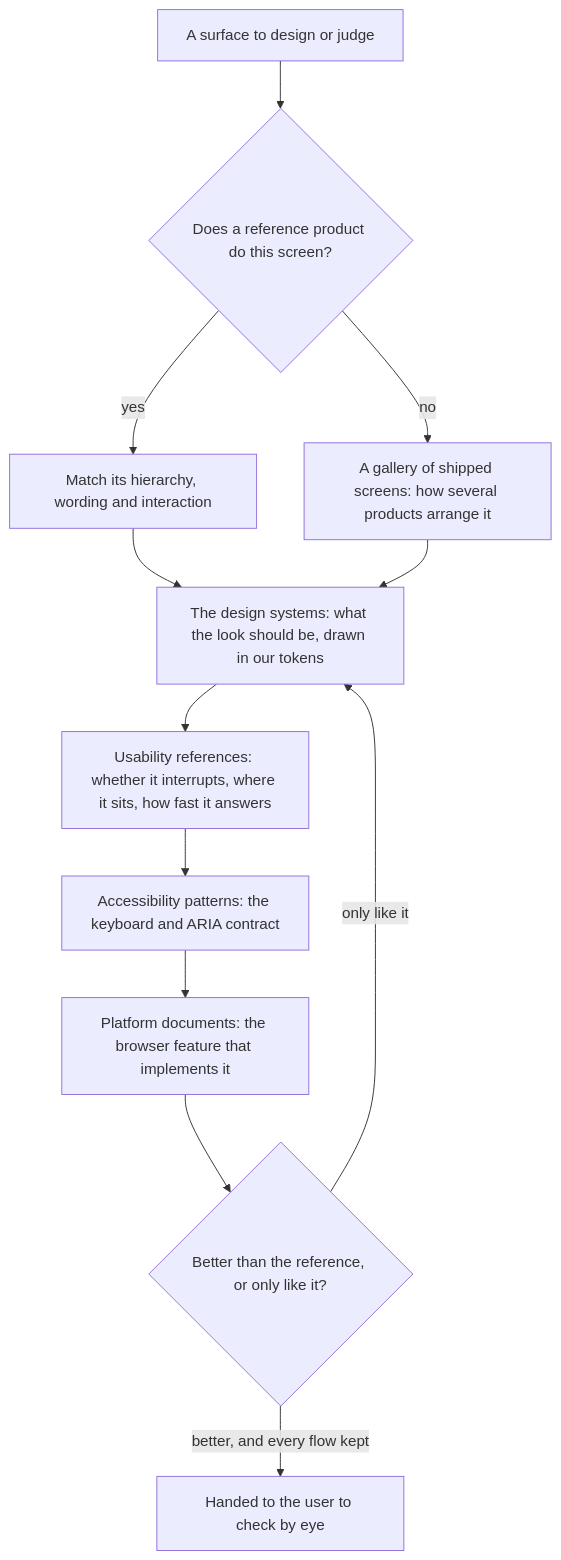
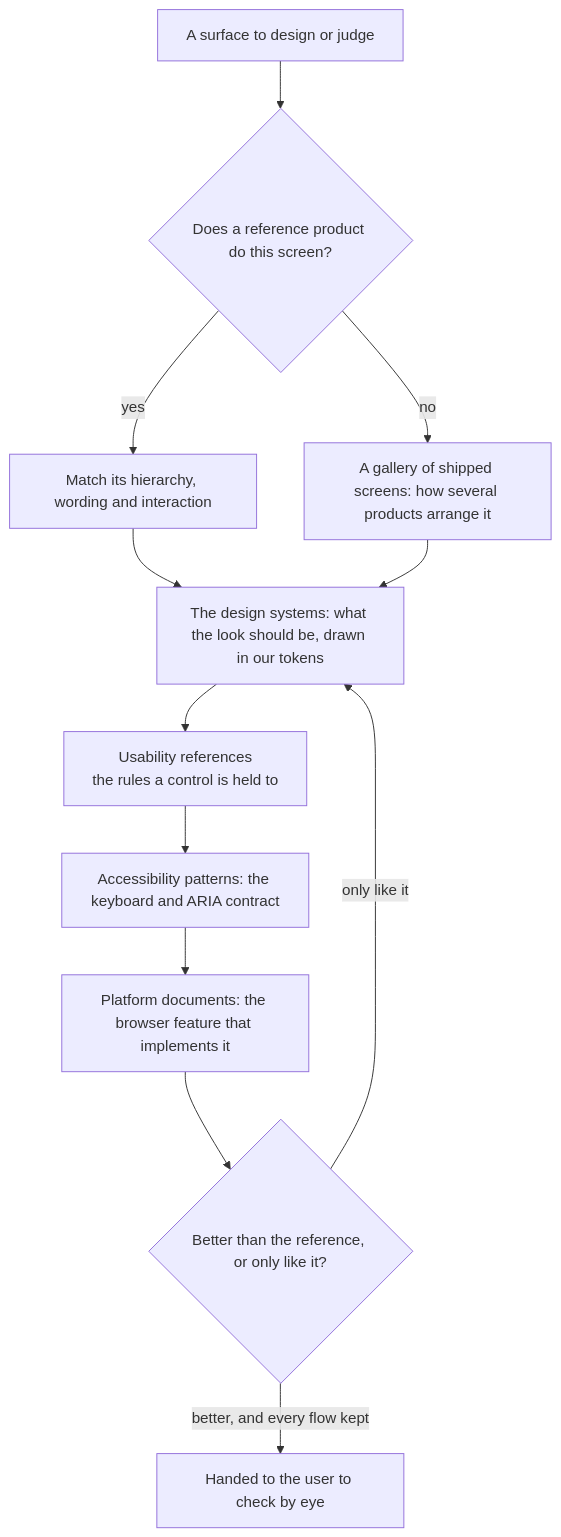
One commit to Esposter/Esposter changed the diagram in openspec/specs/architecture/design-sources/design.md. Above: the diagram before and after it, drawn with Mermaid. The commit also changed other lines of this file and 3 other files, not shown here.

````diff
--- a/openspec/specs/architecture/design-sources/design.md
+++ b/openspec/specs/architecture/design-sources/design.md
@@ -9,14 +9,14 @@
 ```mermaid
 flowchart TD
   N[A surface to design or judge] --> R{Does a reference product do this screen?}
   R -->|yes| RP[Match its hierarchy, wording and interaction]
   R -->|no| G[A gallery of shipped screens: how several products arrange it]
   RP --> D[The design systems: what the look should be, drawn in our tokens]
   G --> D
-  D --> B[Usability references: whether it interrupts, where it sits, how fast it answers]
+  D --> B["Usability references<br/>the rules a control is held to"]
   B --> A[Accessibility patterns: the keyboard and ARIA contract]
   A --> P[Platform documents: the browser feature that implements it]
   P --> C{Better than the reference, or only like it?}
   C -->|only like it| D
   C -->|better, and every flow kept| U[Handed to the user to check by eye]
 ```
````
